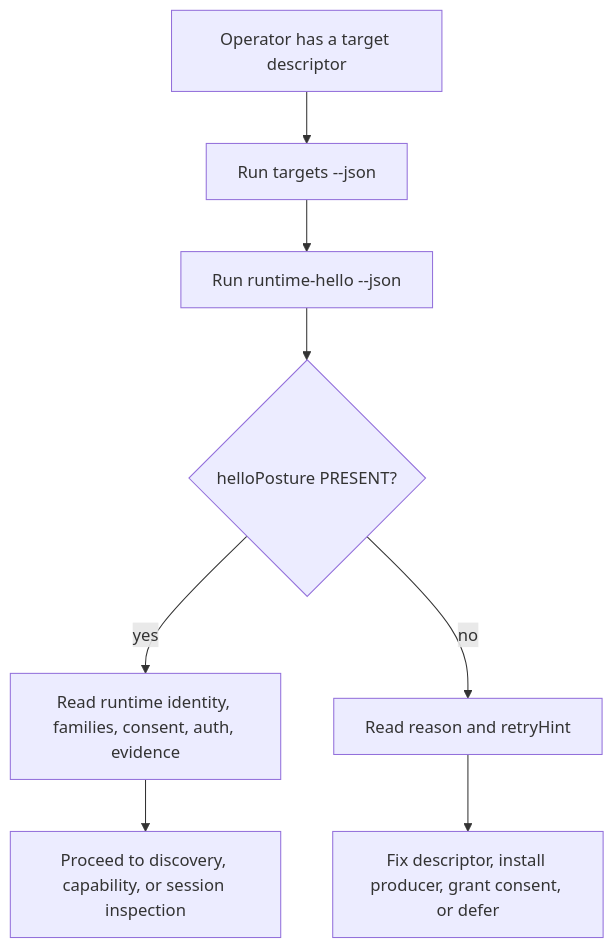
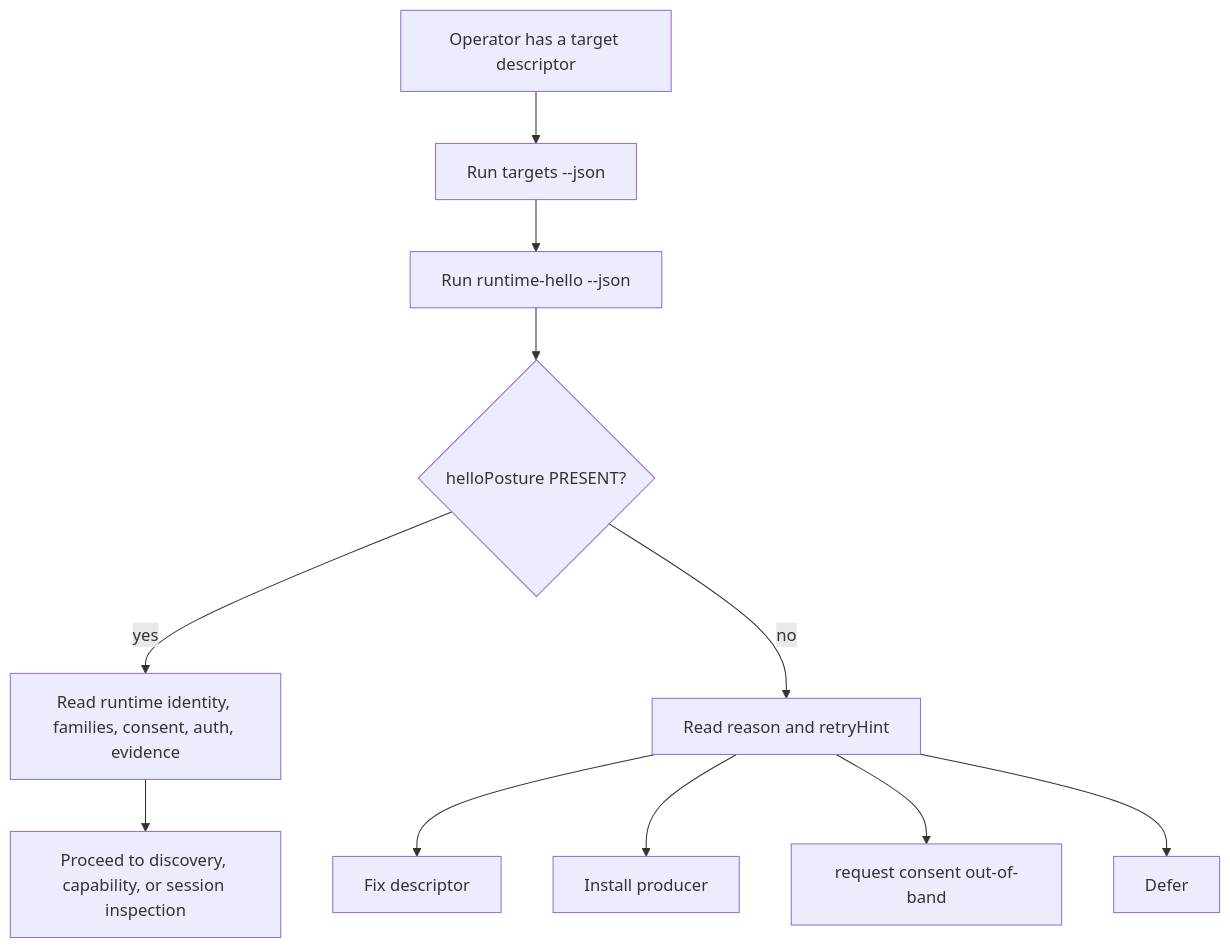
The diagram in docs/design/0080-vendor-neutral-continuum-runtime-hello-handshake/vendor-neutral-continuum-runtime-hello-handshake.md (flyingrobots/warp-ttd), drawn with Mermaid before and after one commit. The commit also changed other lines of this file and 2 other files, not shown here.

````diff
--- a/docs/design/0080-vendor-neutral-continuum-runtime-hello-handshake/vendor-neutral-continuum-runtime-hello-handshake.md
+++ b/docs/design/0080-vendor-neutral-continuum-runtime-hello-handshake/vendor-neutral-continuum-runtime-hello-handshake.md
@@ -419,10 +472,13 @@
 ```mermaid
 flowchart TD
   Start[Operator has a target descriptor] --> Targets[Run targets --json]
   Targets --> Hello[Run runtime-hello --json]
   Hello --> Present{helloPosture PRESENT?}
   Present -->|yes| Inspect[Read runtime identity, families, consent, auth, evidence]
   Present -->|no| Reason[Read reason and retryHint]
   Inspect --> Next[Proceed to discovery, capability, or session inspection]
-  Reason --> Fix[Fix descriptor, install producer, grant consent, or defer]
+  Reason --> FixDescriptor[Fix descriptor]
+  Reason --> InstallProducer[Install producer]
+  Reason --> Consent[request consent out-of-band]
+  Reason --> Defer[Defer]
 ```
````
